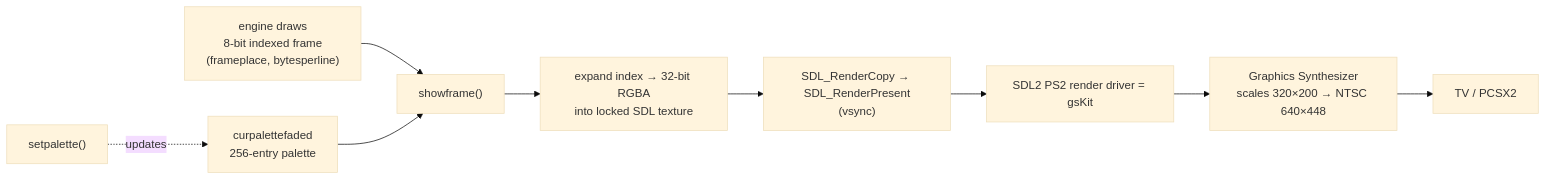
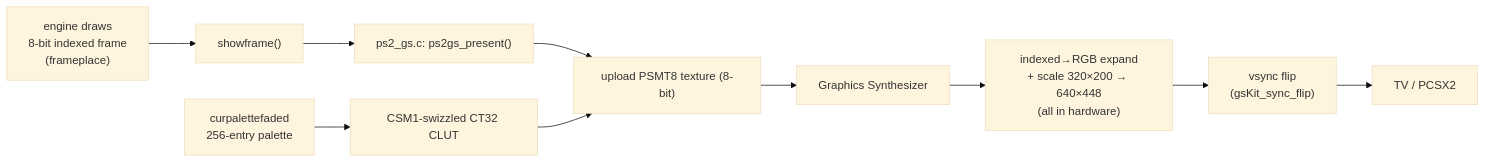
One commit to Arawn-Davies/ps2uke changed the fourth of 8 diagrams in docs/ARCHITECTURE.md. Above: the diagram before and after it, drawn with Mermaid (base theme). The commit also changed other lines of this file and 3 other files, not shown here.

First line of the commit message:
docs: update for the GS hardware present (playable at ~60 fps)

````diff
--- a/docs/ARCHITECTURE.md
+++ b/docs/ARCHITECTURE.md
@@ -172,11 +180,12 @@
 ```mermaid
 flowchart LR
-    A["engine draws<br/>8-bit indexed frame<br/>(frameplace, bytesperline)"] --> B["showframe()"]
-    P["curpalettefaded<br/>256-entry palette"] --> B
-    B --> C["expand index → 32-bit RGBA<br/>into locked SDL texture"]
-    C --> D["SDL_RenderCopy → SDL_RenderPresent<br/>(vsync)"]
-    D --> E["SDL2 PS2 render driver = gsKit"]
-    E --> F["Graphics Synthesizer<br/>scales 320×200 → NTSC 640×448"]
+    A["engine draws<br/>8-bit indexed frame<br/>(frameplace)"] --> B["showframe()"]
+    B --> PS["ps2_gs.c: ps2gs_present()"]
+    P["curpalettefaded<br/>256-entry palette"] --> C["CSM1-swizzled CT32 CLUT"]
+    PS --> T["upload PSMT8 texture (8-bit)"]
+    C --> T
+    T --> GS["Graphics Synthesizer"]
+    GS --> E["indexed→RGB expand<br/>+ scale 320×200 → 640×448<br/>(all in hardware)"]
+    E --> F["vsync flip<br/>(gsKit_sync_flip)"]
     F --> G["TV / PCSX2"]
-    PAL2["setpalette()"] -. updates .-> P
 ```
````
